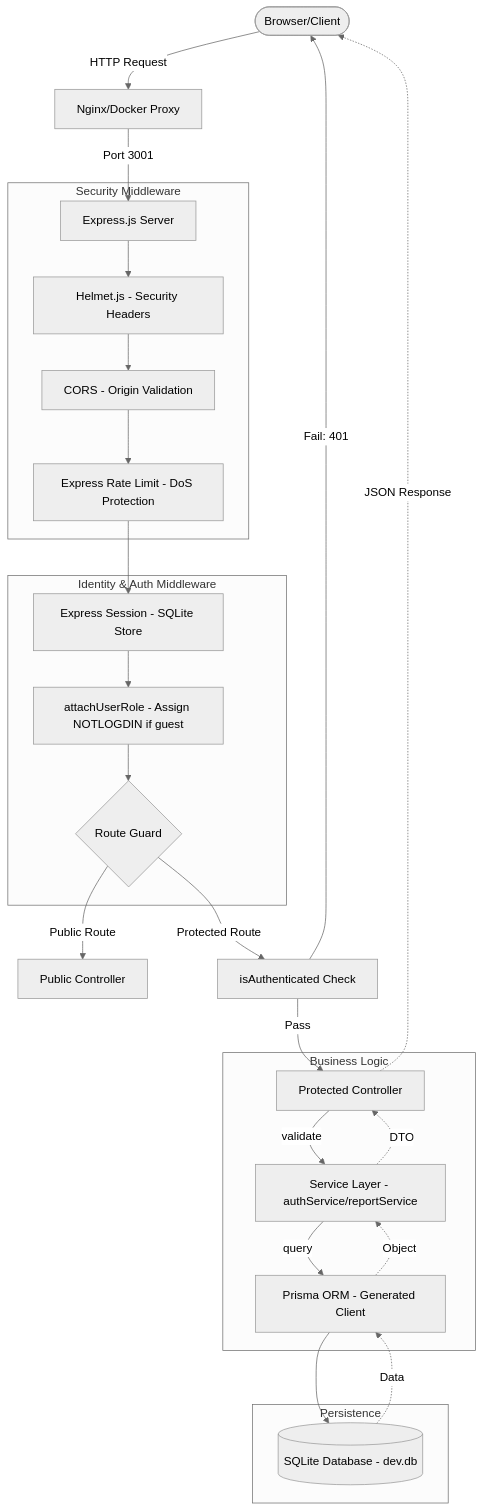
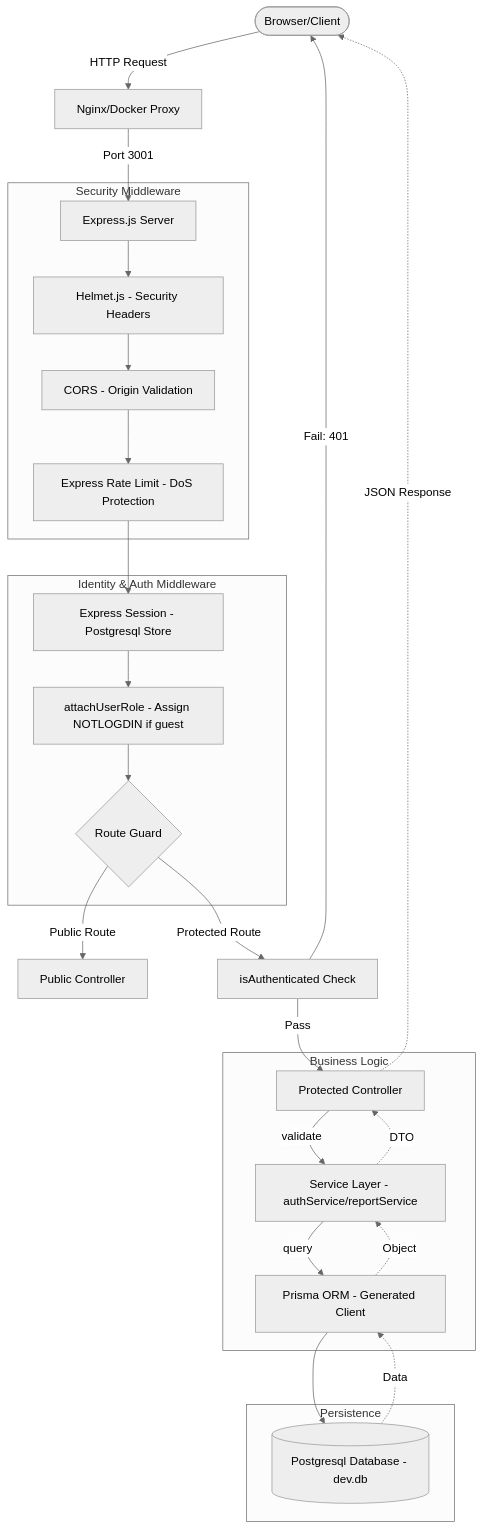
The first of 4 diagrams in README.md (Albuswolvrick/Berichts-Heft), drawn with Mermaid (neutral theme) before and after one commit. The commit also changed other lines of this file, not shown here.

Commit message:
docs: update architecture diagrams and tech stack documentation to reflect migration from SQLite to Postgresql

````diff
--- a/README.md
+++ b/README.md
@@ -306,36 +306,36 @@
 ```mermaid
 graph TD
     User([Browser/Client]) -->|HTTP Request| LoadBalancer[Nginx/Docker Proxy]
     LoadBalancer -->|Port 3001| Express[Express.js Server]
     
     subgraph Security_Layer["Security Middleware"]
         Express --> Helmet[Helmet.js - Security Headers]
         Helmet --> Cors[CORS - Origin Validation]
         Cors --> RateLimit[Express Rate Limit - DoS Protection]
     end
     
     subgraph Identity_Layer["Identity & Auth Middleware"]
-        RateLimit --> Session[Express Session - SQLite Store]
+        RateLimit --> Session[Express Session - Postgresql Store]
         Session --> RoleAttach[attachUserRole - Assign NOTLOGDIN if guest]
         RoleAttach --> AuthGuard{Route Guard}
     end
     
     AuthGuard -->|Public Route| Controller[Public Controller]
     AuthGuard -->|Protected Route| IsAuth[isAuthenticated Check]
     IsAuth -->|Fail: 401| User
     IsAuth -->|Pass| ControllerProtected[Protected Controller]
     
     subgraph Logic_Layer["Business Logic"]
         ControllerProtected -->|validate| Service[Service Layer - authService/reportService]
         Service -->|query| Prisma[Prisma ORM - Generated Client]
     end
     
     subgraph Data_Layer["Persistence"]
-        Prisma --> DB[(SQLite Database - dev.db)]
+        Prisma --> DB[(Postgresql Database - dev.db)]
     end
     
     DB -.->|Data| Prisma
     Prisma -.->|Object| Service
     Service -.->|DTO| ControllerProtected
     ControllerProtected -.->|JSON Response| User
 ```
````
